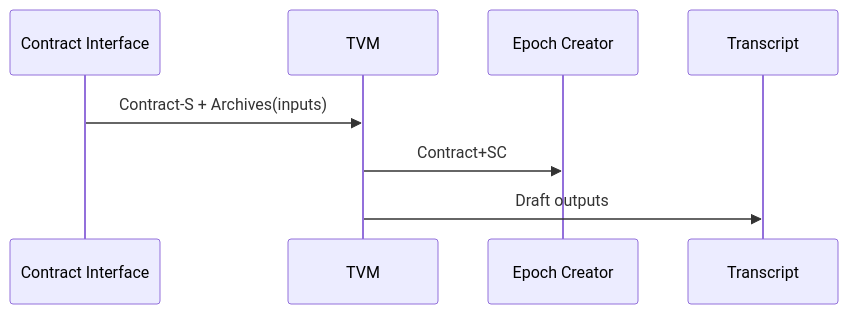
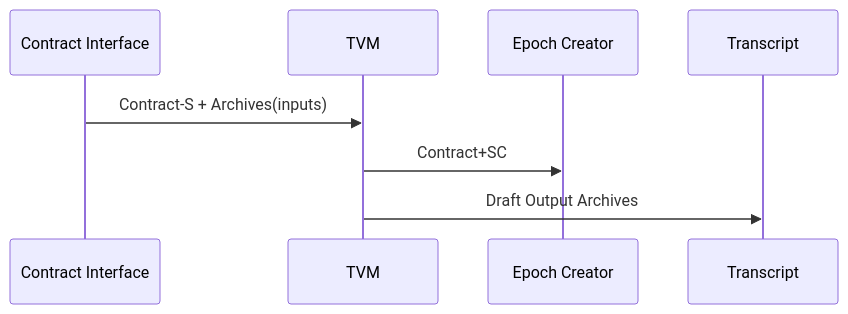
One commit to tagion/tagion changed the diagram in documents/architecture/TVM.md. Above: the diagram before and after it, drawn with Mermaid. The commit also changed 1 other file, not shown here.

Commit message:
WIP: TVM.md and Transcript.md updated

````diff
--- a/documents/architecture/TVM.md
+++ b/documents/architecture/TVM.md
@@ -29,10 +29,10 @@
 ```mermaid
 sequenceDiagram
     participant Contract Interface
     participant TVM
     participant Epoch Creator
     participant Transcript
     Contract Interface ->> TVM: Contract-S + Archives(inputs)
     TVM ->> Epoch Creator: Contract+SC
-    TVM ->> Transcript: Draft outputs 
+    TVM ->> Transcript: Draft Output Archives 
 ```
````
